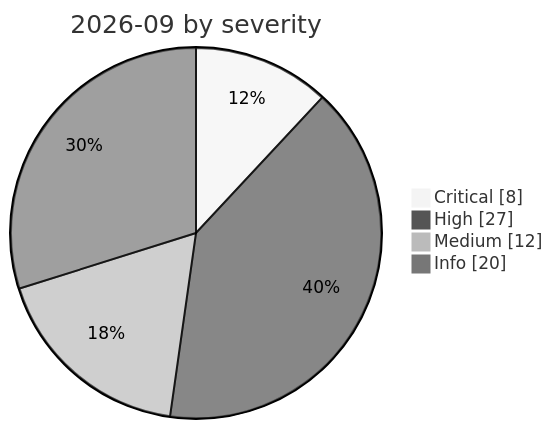
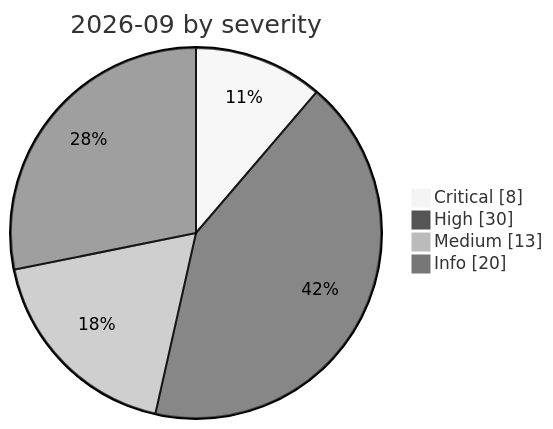
The diagram in incidents/2026-09/README.md (Continuum-AI-Corp/Orca-AI-Incident-Archive), drawn with Mermaid (neutral theme) before and after one commit. The commit also changed other lines of this file and 39 other files, not shown here.

````diff
--- a/incidents/2026-09/README.md
+++ b/incidents/2026-09/README.md
@@ -8,8 +8,8 @@
 ```mermaid
 pie showData
     title 2026-09 by severity
     "Critical" : 8
-    "High" : 27
-    "Medium" : 12
+    "High" : 30
+    "Medium" : 13
     "Info" : 20
 ```
````
